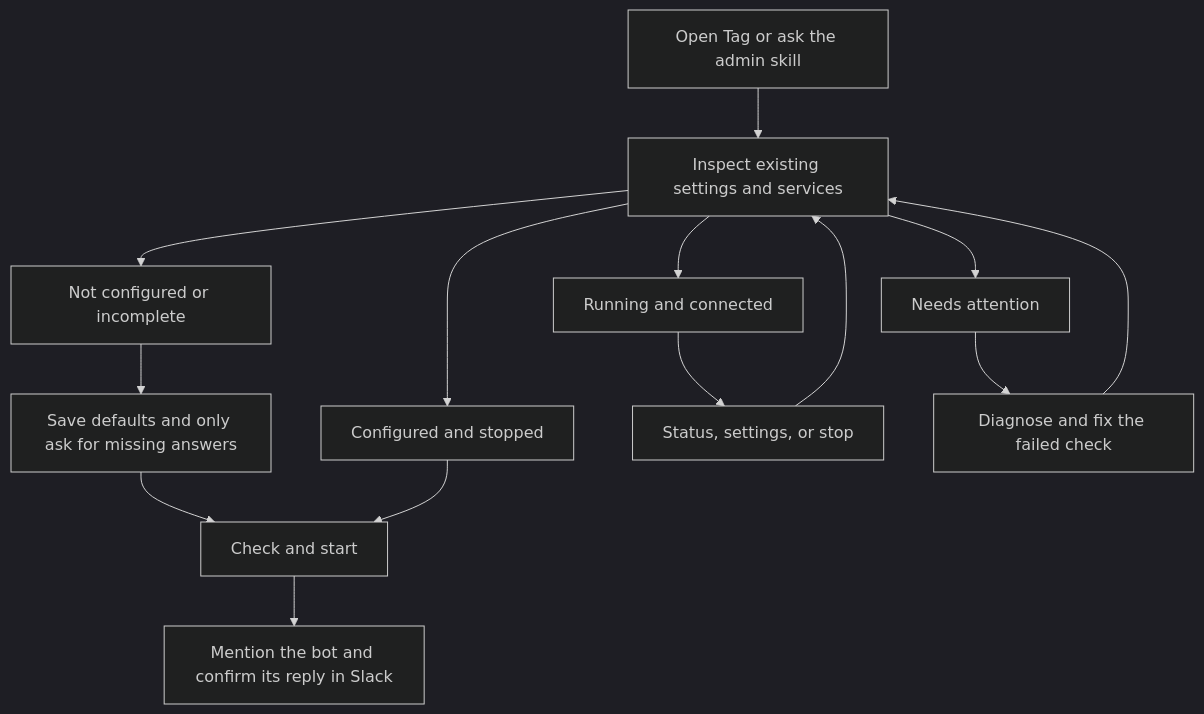
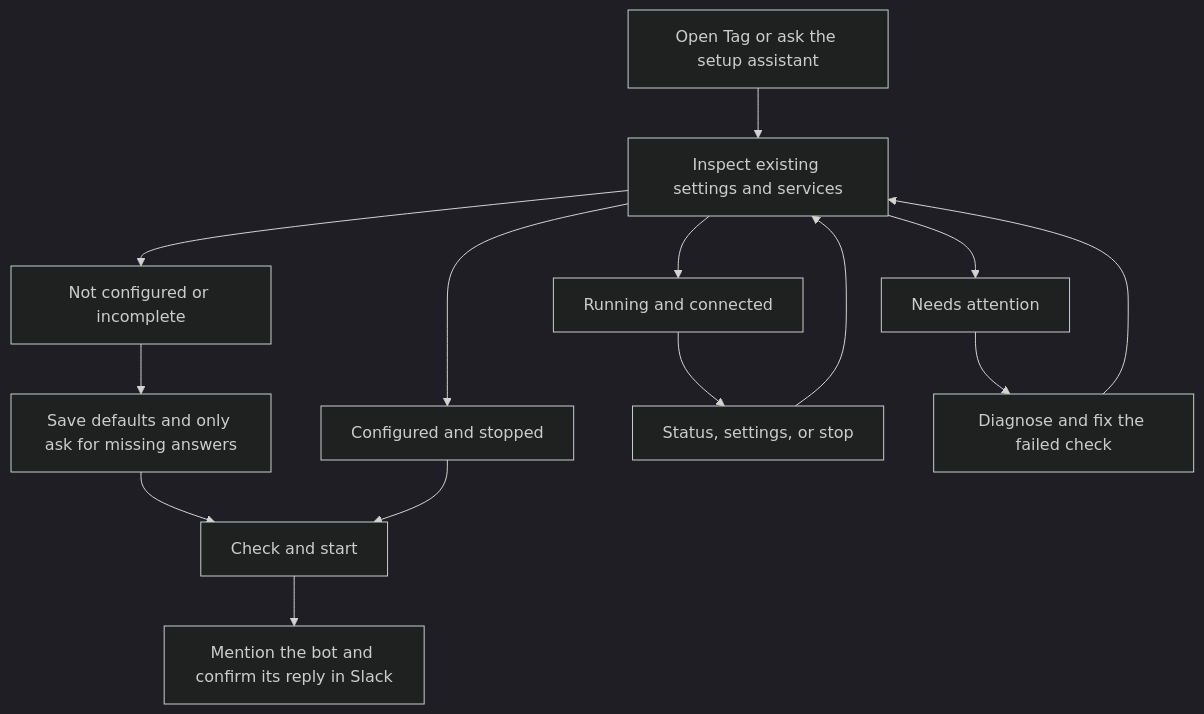
Before and after one commit to klovr-co/hover-tag: the diagram in docs/tag-management.md, drawn with Mermaid (dark theme). The commit also changed other lines of this file and 30 other files, not shown here.

````diff
--- a/docs/tag-management.md
+++ b/docs/tag-management.md
@@ -11,16 +51,16 @@
 ```mermaid
 flowchart TD
-    Request[Open Tag or ask the admin skill] --> Inspect[Inspect existing settings and services]
+    Request[Open Tag or ask the setup assistant] --> Inspect[Inspect existing settings and services]
     Inspect --> Missing[Not configured or incomplete]
     Inspect --> Stopped[Configured and stopped]
     Inspect --> Running[Running and connected]
     Inspect --> Problem[Needs attention]
     Missing --> Setup[Save defaults and only ask for missing answers]
     Setup --> Start[Check and start]
     Stopped --> Start
     Start --> Reply[Mention the bot and confirm its reply in Slack]
     Running --> Manage[Status, settings, or stop]
     Problem --> Diagnose[Diagnose and fix the failed check]
     Diagnose --> Inspect
     Manage --> Inspect
 ```
````
